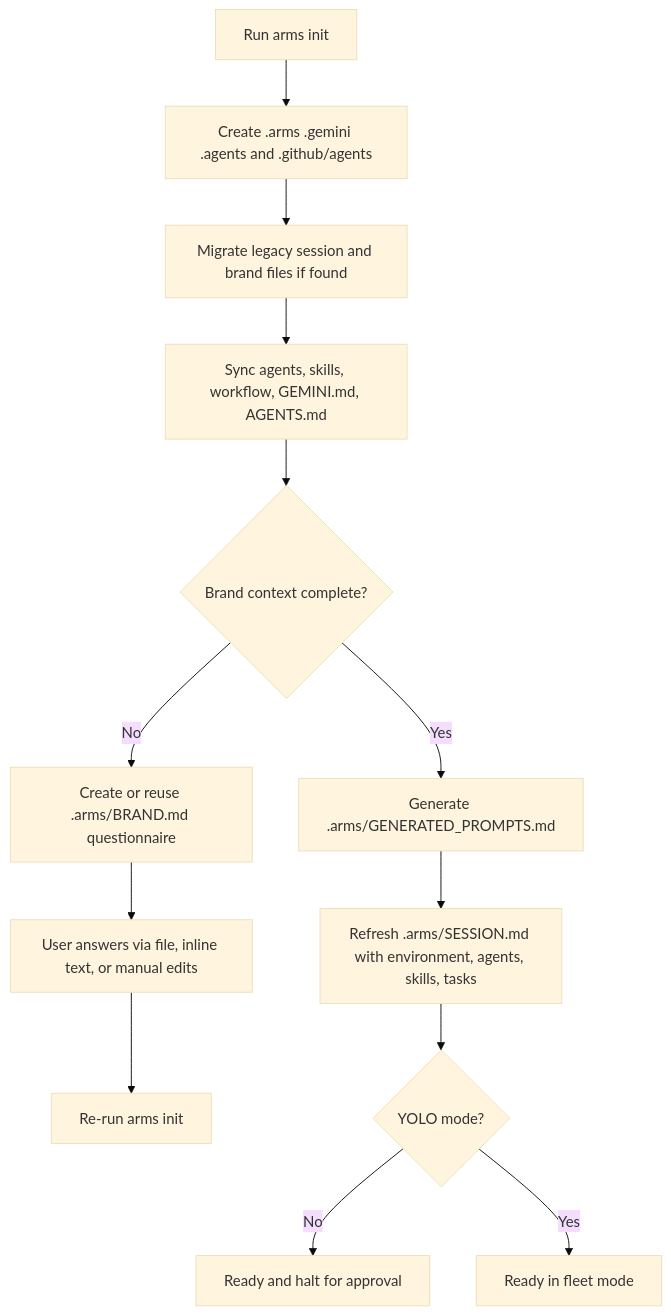
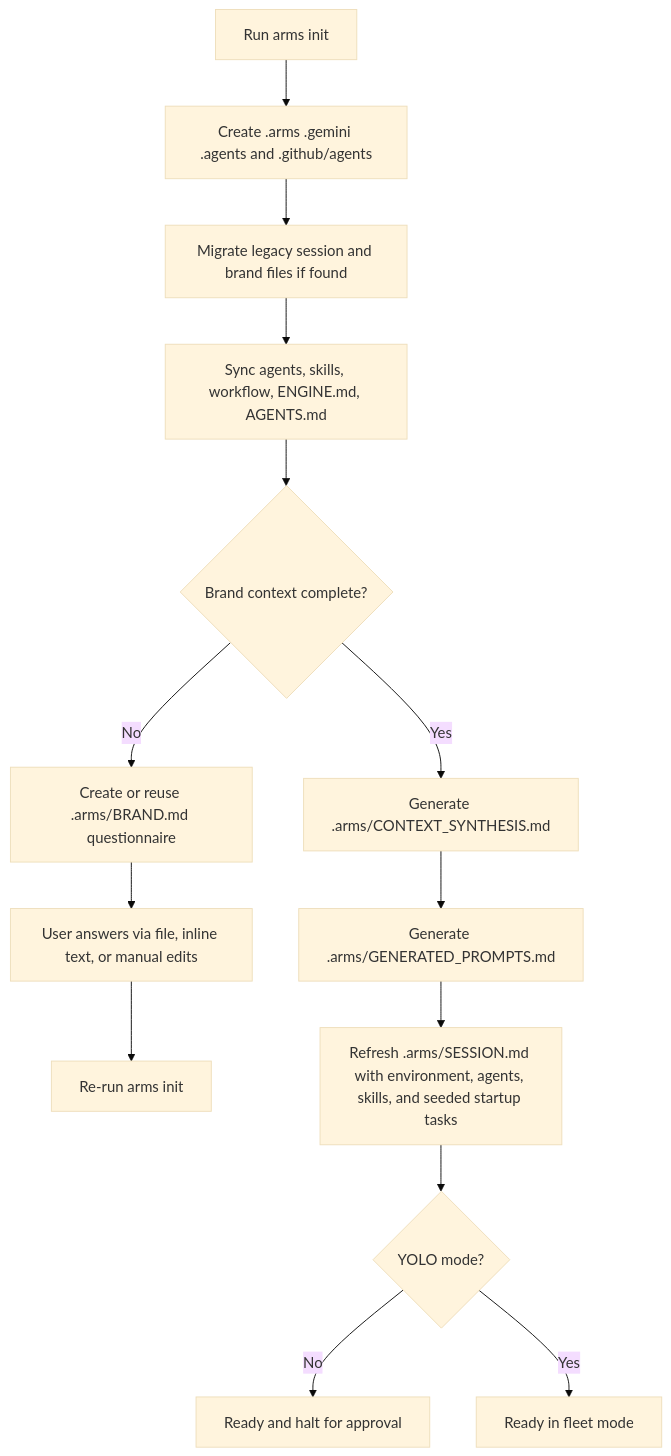
One commit to imjohnlouie04/Arms-Engine changed the diagram in README.md. Above: the diagram before and after it, drawn with Mermaid (base theme). The commit also changed other lines of this file and 18 other files, not shown here.

````diff
--- a/README.md
+++ b/README.md
@@ -19,15 +20,16 @@
 ```mermaid
 flowchart TD
     A[Run arms init] --> B[Create .arms .gemini .agents and .github/agents]
     B --> C[Migrate legacy session and brand files if found]
-    C --> D[Sync agents, skills, workflow, GEMINI.md, AGENTS.md]
+    C --> D[Sync agents, skills, workflow, ENGINE.md, AGENTS.md]
     D --> E{Brand context complete?}
     E -- No --> F[Create or reuse .arms/BRAND.md questionnaire]
     F --> G[User answers via file, inline text, or manual edits]
     G --> H[Re-run arms init]
-    E -- Yes --> I[Generate .arms/GENERATED_PROMPTS.md]
-    I --> J[Refresh .arms/SESSION.md with environment, agents, skills, tasks]
-    J --> K{YOLO mode?}
-    K -- No --> L[Ready and halt for approval]
-    K -- Yes --> M[Ready in fleet mode]
+    E -- Yes --> I[Generate .arms/CONTEXT_SYNTHESIS.md]
+    I --> J[Generate .arms/GENERATED_PROMPTS.md]
+    J --> K[Refresh .arms/SESSION.md with environment, agents, skills, and seeded startup tasks]
+    K --> L{YOLO mode?}
+    L -- No --> M[Ready and halt for approval]
+    L -- Yes --> N[Ready in fleet mode]
 ```
````
